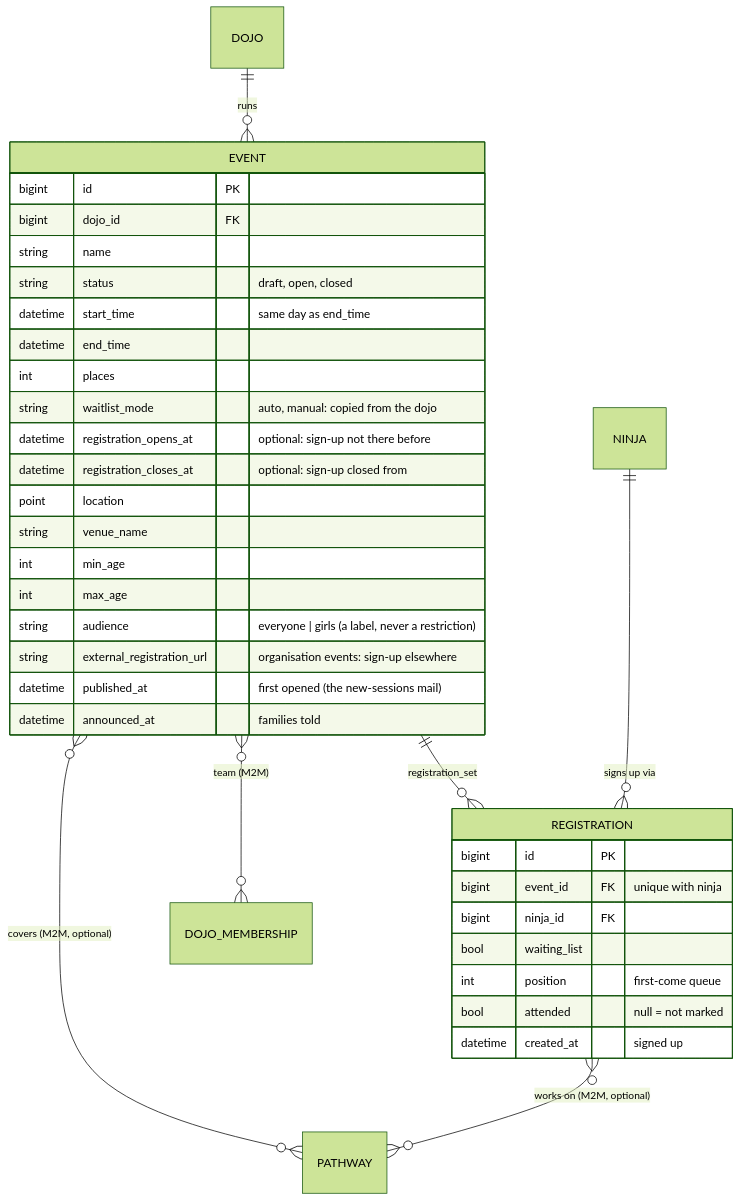
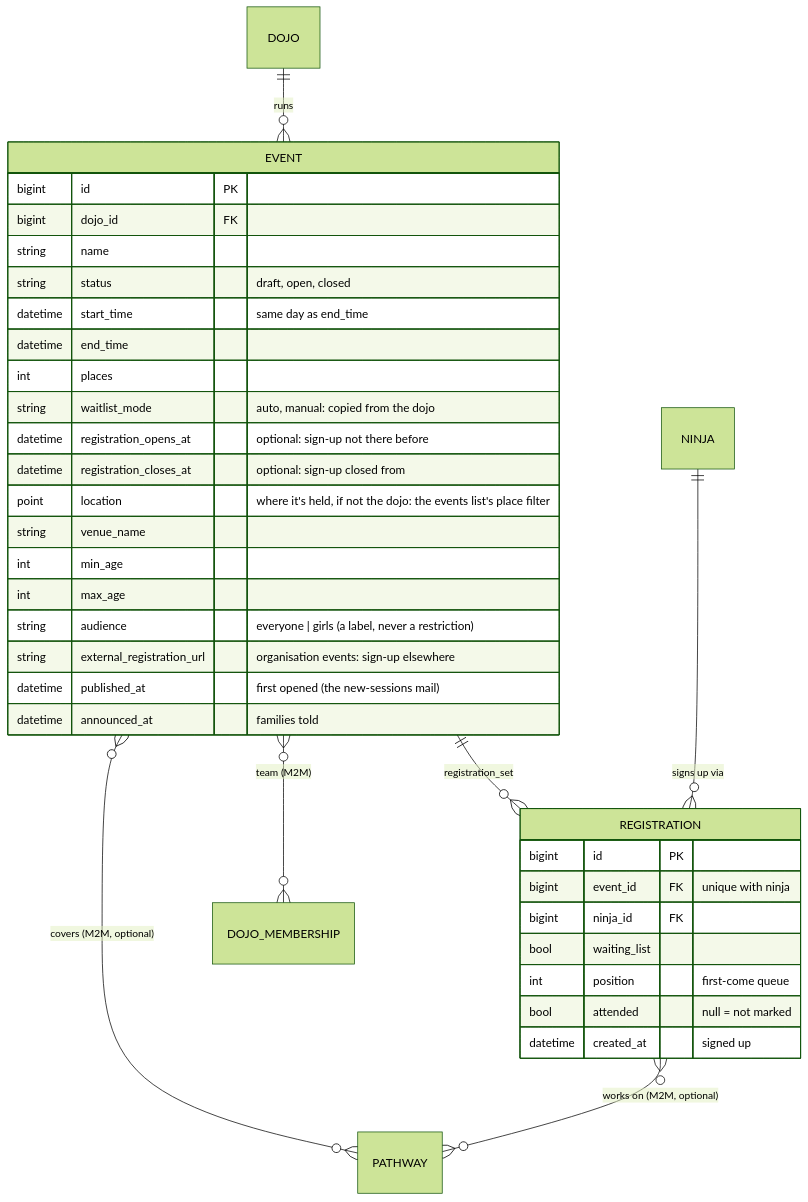
The sixth of 23 diagrams in DATA_MODEL.md (DoublG/coderdojo-event-registration), drawn with Mermaid (forest theme) before and after one commit. The commit also changed 7 other files, not shown here.

First line of the commit message:
Events list: search by where a session is held

````diff
--- a/DATA_MODEL.md
+++ b/DATA_MODEL.md
@@ -379,39 +379,39 @@
 ```mermaid
 erDiagram
     DOJO ||--o{ EVENT : "runs"
     EVENT ||--o{ REGISTRATION : "registration_set"
     NINJA ||--o{ REGISTRATION : "signs up via"
     EVENT }o--o{ PATHWAY : "covers (M2M, optional)"
     REGISTRATION }o--o{ PATHWAY : "works on (M2M, optional)"
     EVENT }o--o{ DOJO_MEMBERSHIP : "team (M2M)"
 
     EVENT {
         bigint id PK
         bigint dojo_id FK
         string name
         string status "draft, open, closed"
         datetime start_time "same day as end_time"
         datetime end_time
         int places
         string waitlist_mode "auto, manual: copied from the dojo"
         datetime registration_opens_at "optional: sign-up not there before"
         datetime registration_closes_at "optional: sign-up closed from"
-        point location
+        point location "where it's held, if not the dojo: the events list's place filter"
         string venue_name
         int min_age
         int max_age
         string audience "everyone | girls (a label, never a restriction)"
         string external_registration_url "organisation events: sign-up elsewhere"
         datetime published_at "first opened (the new-sessions mail)"
         datetime announced_at "families told"
     }
     REGISTRATION {
         bigint id PK
         bigint event_id FK "unique with ninja"
         bigint ninja_id FK
         bool waiting_list
         int position "first-come queue"
         bool attended "null = not marked"
         datetime created_at "signed up"
     }
 ```
````
